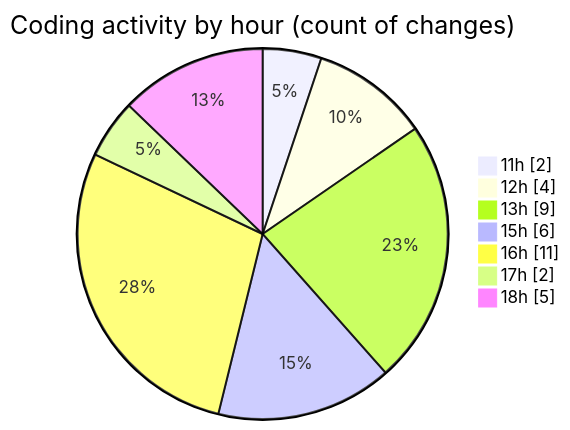
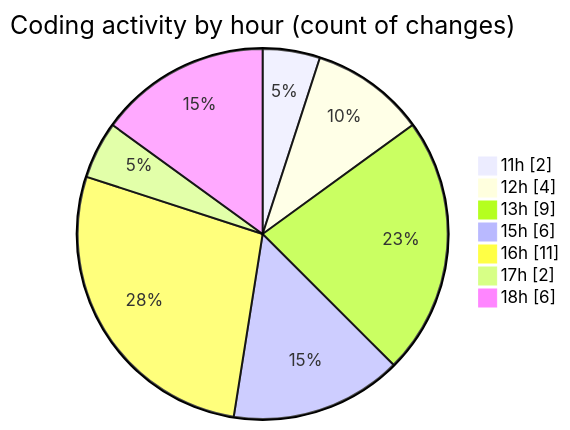
One commit to nxtqubesakshisongat/code-tracking changed the second of 2 diagrams in 2025-12-28/nxtqube_webapp/README.md. Above: the diagram before and after it, drawn with Mermaid. The commit also changed other lines of this file and 1 other file, not shown here.

````diff
--- a/2025-12-28/nxtqube_webapp/README.md
+++ b/2025-12-28/nxtqube_webapp/README.md
@@ -37,11 +37,11 @@
 ```mermaid
 pie showData
 title Coding activity by hour (count of changes)
 "11h" : 2
 "12h" : 4
 "13h" : 9
 "15h" : 6
 "16h" : 11
 "17h" : 2
-"18h" : 5
+"18h" : 6
 ```
````
